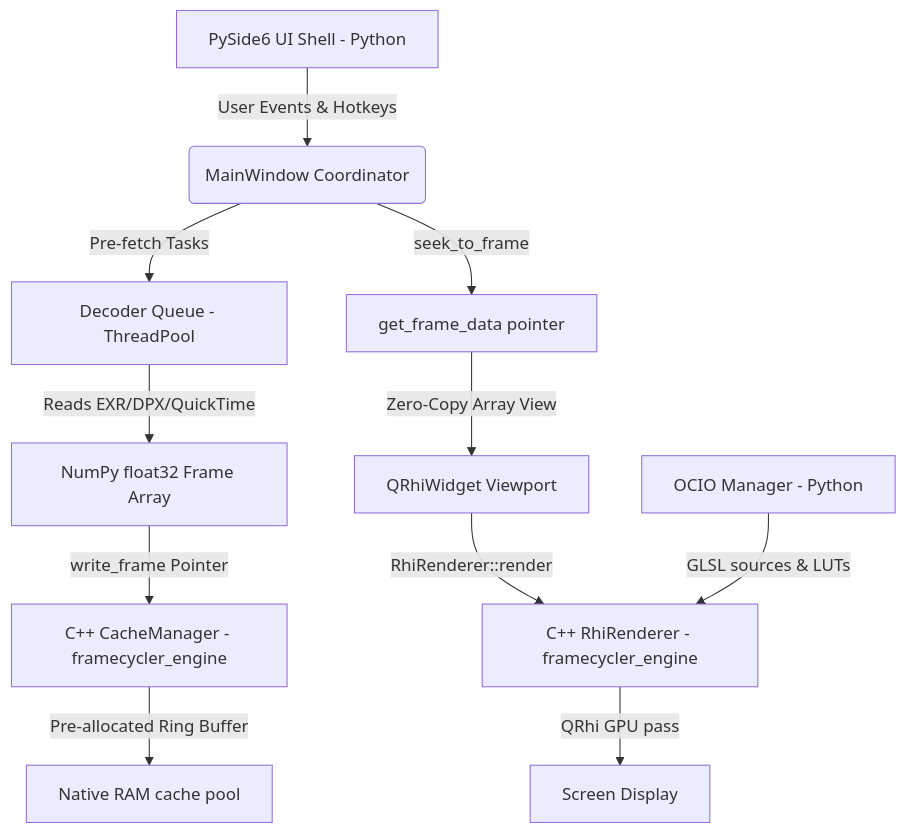
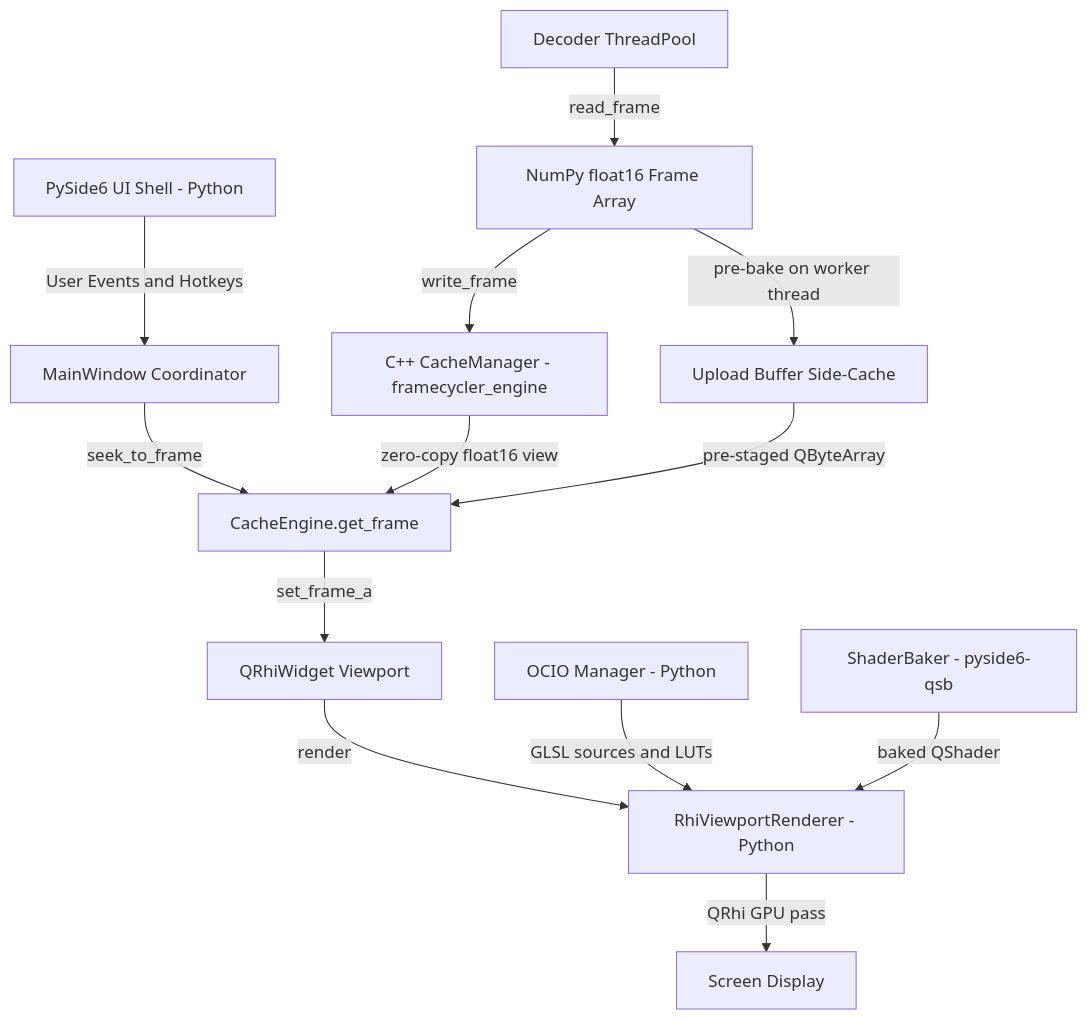
The diagram in README.md (bernhardkimbacher/Framecycler), drawn with Mermaid before and after one commit. The commit also changed other lines of this file and 2 other files, not shown here.

First line of the commit message:
Fix CI build failures and document the Python RHI architecture.

````diff
--- a/README.md
+++ b/README.md
@@ -11,13 +11,15 @@
 ```mermaid
 graph TD
-    A[PySide6 UI Shell - Python] -->|User Events & Hotkeys| B(MainWindow Coordinator)
-    B -->|Pre-fetch Tasks| C[Decoder Queue - ThreadPool]
-    C -->|Reads EXR/DPX/QuickTime| D[NumPy float32 Frame Array]
-    D -->|write_frame Pointer| E[C++ CacheManager - framecycler_engine]
-    E -->|Pre-allocated Ring Buffer| F[Native RAM cache pool]
-    B -->|seek_to_frame| G[get_frame_data pointer]
-    G -->|Zero-Copy Array View| H[QRhiWidget Viewport]
-    H -->|RhiRenderer::render| I[C++ RhiRenderer - framecycler_engine]
+    A[PySide6 UI Shell - Python] -->|User Events and Hotkeys| B[MainWindow Coordinator]
+    B -->|seek_to_frame| C[CacheEngine.get_frame]
+    D[Decoder ThreadPool] -->|read_frame| E[NumPy float16 Frame Array]
+    E -->|write_frame| F[C++ CacheManager - framecycler_engine]
+    E -->|pre-bake on worker thread| G[Upload Buffer Side-Cache]
+    F -->|zero-copy float16 view| C
+    G -->|pre-staged QByteArray| C
+    C -->|set_frame_a| H[QRhiWidget Viewport]
+    H -->|render| I[RhiViewportRenderer - Python]
     I -->|QRhi GPU pass| J[Screen Display]
-    K[OCIO Manager - Python] -->|GLSL sources & LUTs| I
+    K[OCIO Manager - Python] -->|GLSL sources and LUTs| I
+    L[ShaderBaker - pyside6-qsb] -->|baked QShader| I
 ```
````
